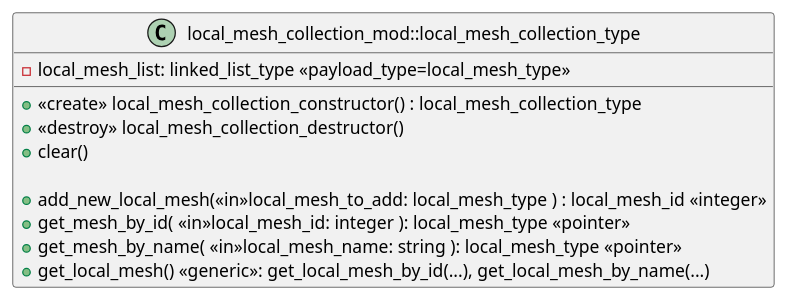
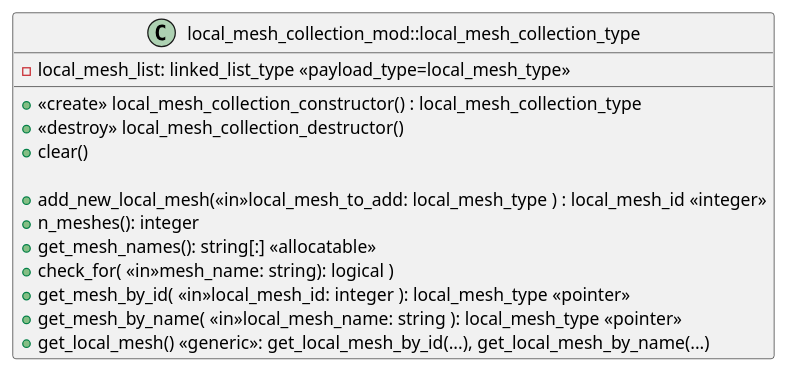
One commit to EdHone/lfric_core changed the diagram in infrastructure/documentation/uml/mesh/local_mesh_collection_mod.iuml. Above: the diagram before and after it, drawn with PlantUML. The commit also changed 25 other files, not shown here.

```diff
--- a/infrastructure/documentation/uml/mesh/local_mesh_collection_mod.iuml
+++ b/infrastructure/documentation/uml/mesh/local_mesh_collection_mod.iuml
@@ -1,17 +1,20 @@
 ' (c) Crown copyright 2019 Met Office. All rights reserved.
 ' The file LICENCE, distributed with this code, contains details of the terms
 ' under which the code may be used.
 
 class local_mesh_collection_mod::local_mesh_collection_type {
 
   -local_mesh_list: linked_list_type <<payload_type=local_mesh_type>>
 
   +<<create>>  local_mesh_collection_constructor() : local_mesh_collection_type
   +<<destroy>> local_mesh_collection_destructor()
   +clear()
 
   +add_new_local_mesh(<<in>>local_mesh_to_add: local_mesh_type ) : local_mesh_id <<integer>>
+  +n_meshes(): integer
+  +get_mesh_names(): string[:] <<allocatable>>
+  +check_for( <<in>>mesh_name: string): logical )
   +get_mesh_by_id( <<in>>local_mesh_id: integer ): local_mesh_type <<pointer>>
   +get_mesh_by_name( <<in>>local_mesh_name: string ): local_mesh_type <<pointer>>
   +get_local_mesh() <<generic>>: get_local_mesh_by_id(...), get_local_mesh_by_name(...)
 }
```
